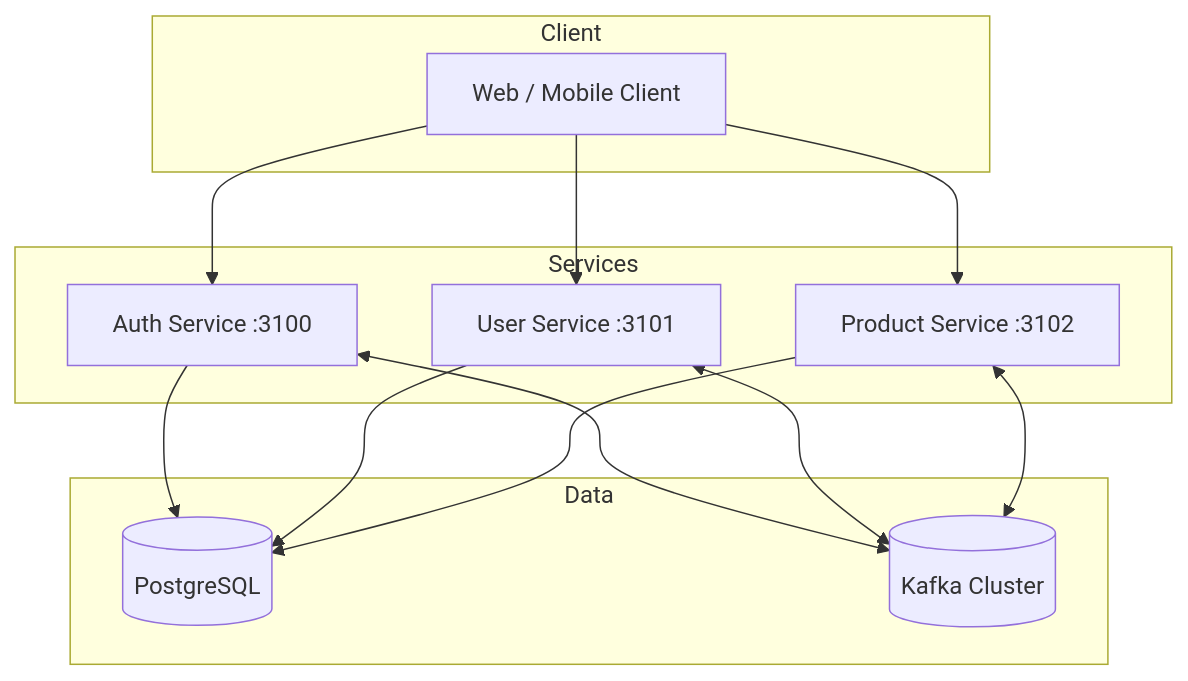
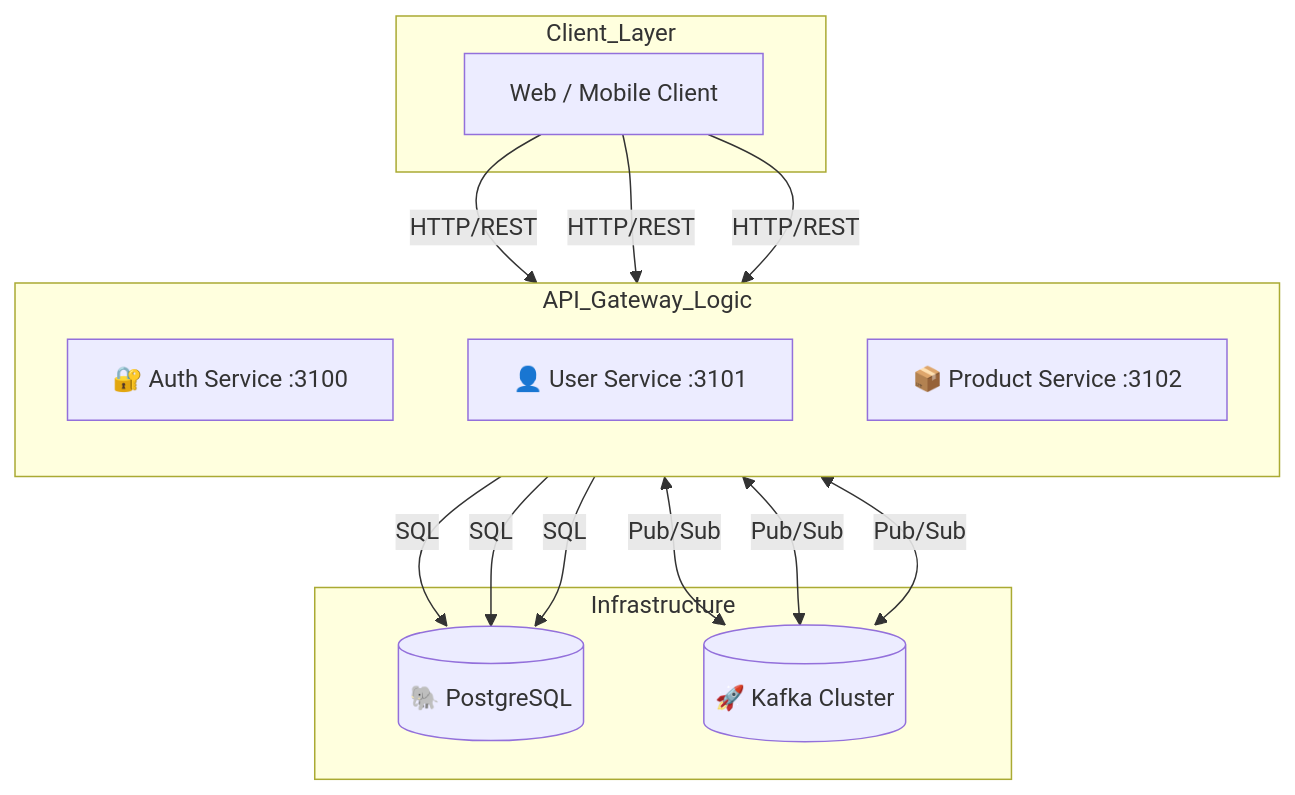
Before and after one commit to aldoignatachandra/Bun-Hono-Redis-Boilerplate: the first of 2 diagrams in README.md, drawn with Mermaid. The commit also changed other lines of this file, not shown here.

````diff
--- a/README.md
+++ b/README.md
@@ -34,29 +52,30 @@
 ```mermaid
 graph TB
-  subgraph Client
-    A[Web / Mobile Client]
+  subgraph Client_Layer
+    Client[Web / Mobile Client]
   end
 
-  subgraph Services
-    AUTH[Auth Service :3100]
-    USER[User Service :3101]
-    PRODUCT[Product Service :3102]
+  subgraph API_Gateway_Logic
+    direction TB
+    Auth[🔐 Auth Service :3100]
+    User[👤 User Service :3101]
+    Prod[📦 Product Service :3102]
   end
 
-  subgraph Data
-    PG[(PostgreSQL)]
-    KAFKA[(Kafka Cluster)]
+  subgraph Infrastructure
+    PG[(🐘 PostgreSQL)]
+    Kafka[(🚀 Kafka Cluster)]
   end
 
-  A --> AUTH
-  A --> USER
-  A --> PRODUCT
+  Client -->|HTTP/REST| Auth
+  Client -->|HTTP/REST| User
+  Client -->|HTTP/REST| Prod
 
-  AUTH --> PG
-  USER --> PG
-  PRODUCT --> PG
+  Auth -->|SQL| PG
+  User -->|SQL| PG
+  Prod -->|SQL| PG
 
-  AUTH <--> KAFKA
-  USER <--> KAFKA
-  PRODUCT <--> KAFKA
+  Auth <-->|Pub/Sub| Kafka
+  User <-->|Pub/Sub| Kafka
+  Prod <-->|Pub/Sub| Kafka
 ```
````
